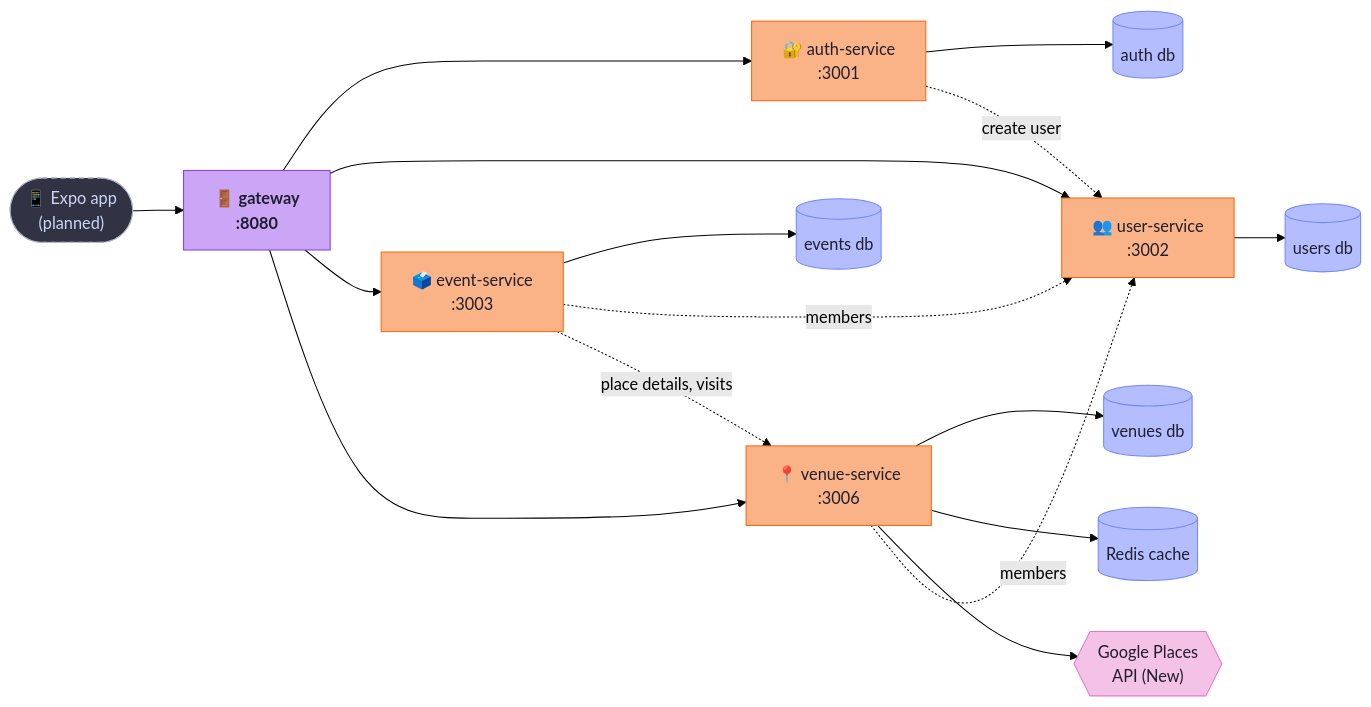
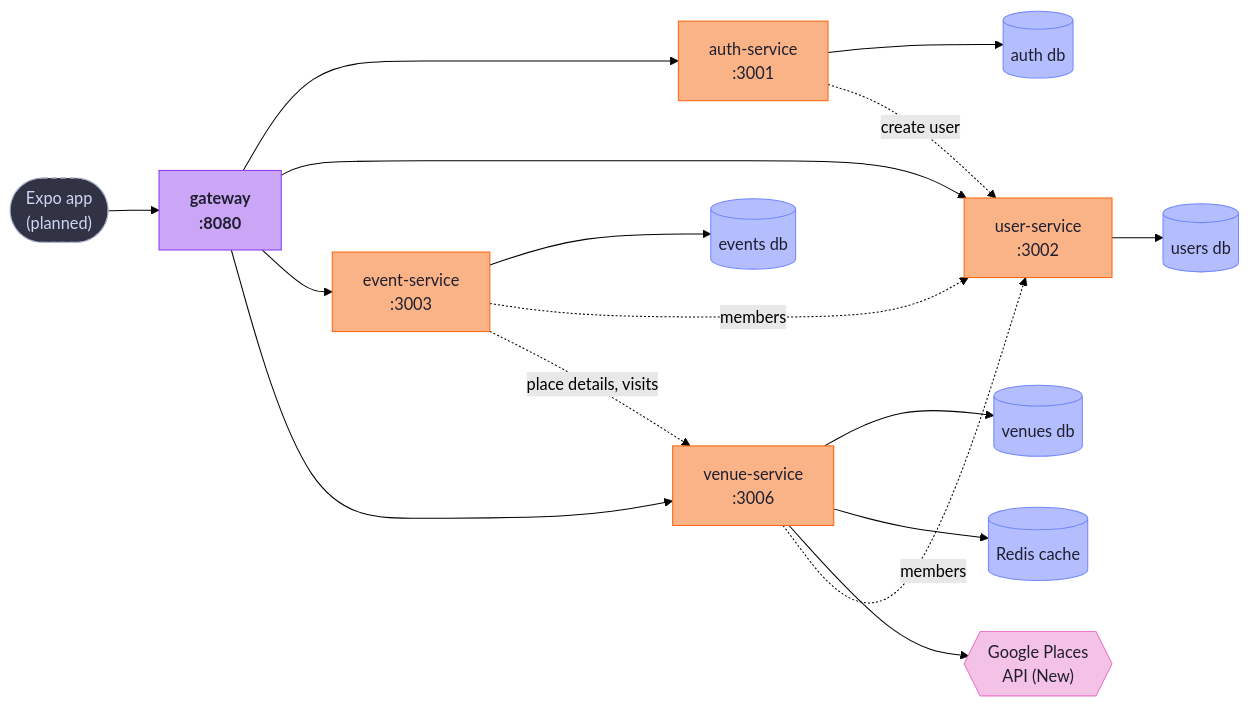
Before and after one commit to SamPariat/roundup: the first of 2 diagrams in README.md, drawn with Mermaid (forest theme). The commit also changed other lines of this file, not shown here.

````diff
--- a/README.md
+++ b/README.md
@@ -49,28 +49,28 @@
 ```mermaid
 flowchart LR
-    app(["📱 Expo app<br/>(planned)"]):::planned --> gw
-    gw["🚪 gateway<br/>:8080"]:::gateway
+    app(["Expo app<br/>(planned)"]):::planned --> gw
+    gw["gateway<br/>:8080"]:::gateway
 
-    gw --> auth["🔐 auth-service<br/>:3001"]:::live
-    gw --> user["👥 user-service<br/>:3002"]:::live
-    gw --> event["🗳️ event-service<br/>:3003"]:::live
-    gw --> venue["📍 venue-service<br/>:3006"]:::live
+    gw --> auth["auth-service<br/>:3001"]:::live
+    gw --> user["user-service<br/>:3002"]:::live
+    gw --> event["event-service<br/>:3003"]:::live
+    gw --> venue["venue-service<br/>:3006"]:::live
 
     auth --> authdb[("auth db")]:::db
     user --> userdb[("users db")]:::db
     event --> eventdb[("events db")]:::db
     venue --> venuedb[("venues db")]:::db
     venue --> redis[("Redis cache")]:::db
     venue --> places{{"Google Places<br/>API (New)"}}:::external
 
     auth -. "create user" .-> user
     event -. "members" .-> user
     event -. "place details, visits" .-> venue
     venue -. "members" .-> user
 
     classDef gateway fill:#cba6f7,stroke:#8839ef,color:#1e1e2e,font-weight:bold
     classDef live fill:#fab387,stroke:#fe640b,color:#1e1e2e
     classDef db fill:#b4befe,stroke:#7287fd,color:#1e1e2e
     classDef external fill:#f5c2e7,stroke:#ea76cb,color:#1e1e2e
     classDef planned fill:#313244,stroke:#a6adc8,color:#cdd6f4,stroke-dasharray:5 4
 ```
````
